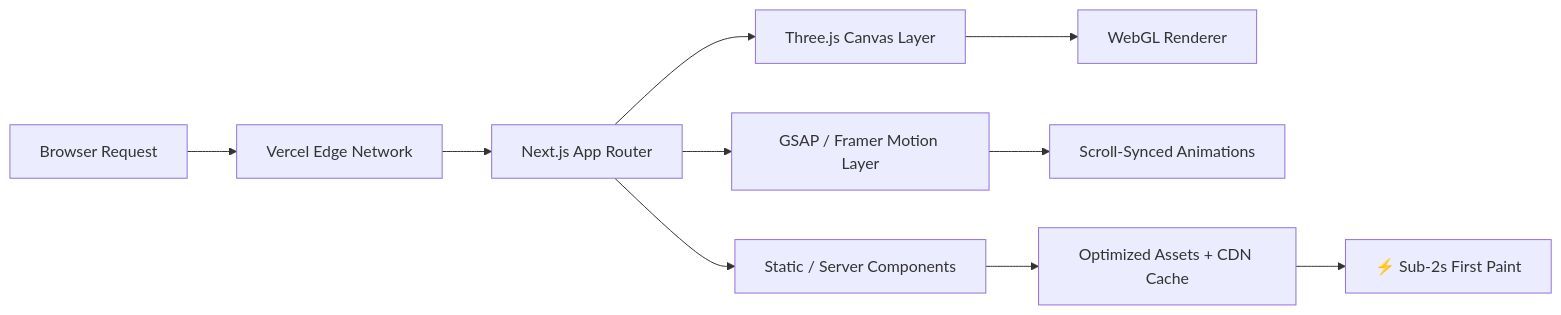
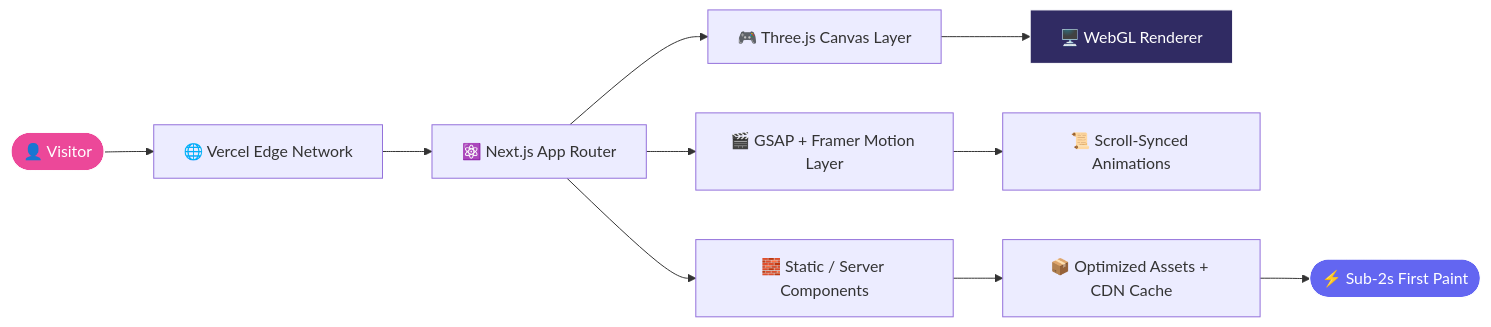
Before and after one commit to DivyangUGitHub/DivyangU-Portfolio: the first of 2 diagrams in README.md, drawn with Mermaid. The commit also changed other lines of this file, not shown here.

````diff
--- a/README.md
+++ b/README.md
@@ -73,12 +92,16 @@
 ```mermaid
 flowchart LR
-    A[Browser Request] --> B[Vercel Edge Network]
-    B --> C[Next.js App Router]
-    C --> D[Static / Server Components]
-    C --> E[Three.js Canvas Layer]
-    E --> F[WebGL Renderer]
-    C --> G[GSAP / Framer Motion Layer]
-    G --> H[Scroll-Synced Animations]
-    D --> I[Optimized Assets + CDN Cache]
-    I --> J[⚡ Sub-2s First Paint]
+    A(["👤 Visitor"]) --> B["🌐 Vercel Edge Network"]
+    B --> C["⚛️ Next.js App Router"]
+    C --> D["🧱 Static / Server Components"]
+    C --> E["🎮 Three.js Canvas Layer"]
+    E --> F["🖥️ WebGL Renderer"]
+    C --> G["🎬 GSAP + Framer Motion Layer"]
+    G --> H["📜 Scroll-Synced Animations"]
+    D --> I["📦 Optimized Assets + CDN Cache"]
+    I --> J(["⚡ Sub-2s First Paint"])
+
+    style A fill:#ec4899,stroke:#fff,color:#fff
+    style J fill:#6366f1,stroke:#fff,color:#fff
+    style F fill:#302b63,stroke:#fff,color:#fff
 ```
````
